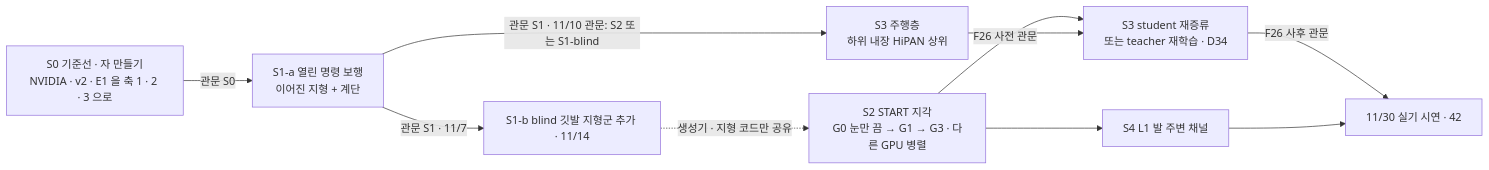
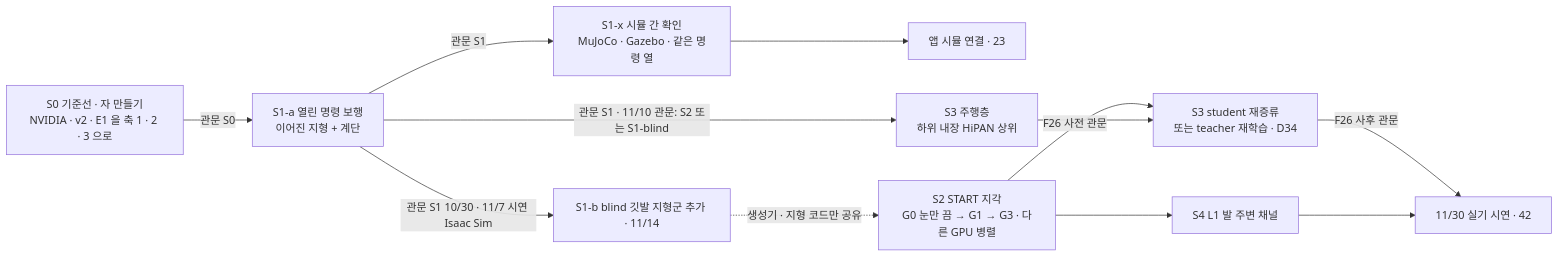
The second of 2 diagrams in inbox/jay/20261019-design/00-OVERVIEW.md (foothold-project/foothold-lab), drawn with Mermaid before and after one commit. The commit also changed other lines of this file and 12 other files, not shown here.

````diff
--- a/inbox/jay/20261019-design/00-OVERVIEW.md
+++ b/inbox/jay/20261019-design/00-OVERVIEW.md
@@ -58,12 +58,14 @@
 ```mermaid
 flowchart LR
   S0[S0 기준선 · 자 만들기<br/>NVIDIA · v2 · E1 을 축 1 · 2 · 3 으로] -->|관문 S0| S1a[S1-a 열린 명령 보행<br/>이어진 지형 + 계단]
-  S1a -->|관문 S1 · 11/7| S1b[S1-b blind 깃발 지형군 추가 · 11/14]
+  S1a -->|관문 S1 10/30 · 11/7 시연 Isaac Sim| S1b[S1-b blind 깃발 지형군 추가 · 11/14]
+  S1a -->|관문 S1| S1x[S1-x 시뮬 간 확인<br/>MuJoCo · Gazebo · 같은 명령 열]
+  S1x --> APPS[앱 시뮬 연결 · 23]
   S1a -->|관문 S1 · 11/10 관문: S2 또는 S1-blind| S3[S3 주행층<br/>하위 내장 HiPAN 상위]
   S1b -. 생성기 · 지형 코드만 공유 .-> S2[S2 START 지각<br/>G0 눈만 끔 → G1 → G3 · 다른 GPU 병렬]
   S2 -->|F26 사전 관문| RD[S3 student 재증류<br/>또는 teacher 재학습 · D34]
   S3 --> RD
   S2 --> S4[S4 L1 발 주변 채널]
   RD -->|F26 사후 관문| D[11/30 실기 시연 · 42]
   S4 --> D
 ```
````
